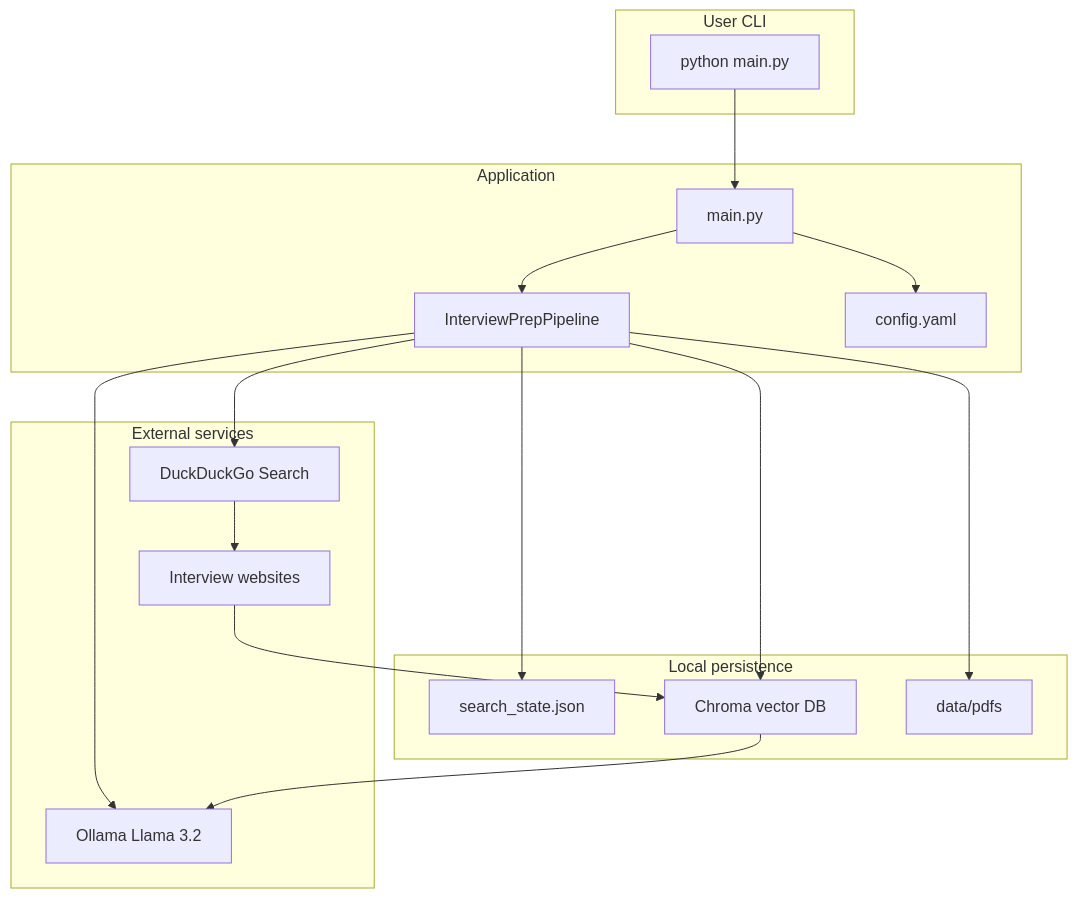
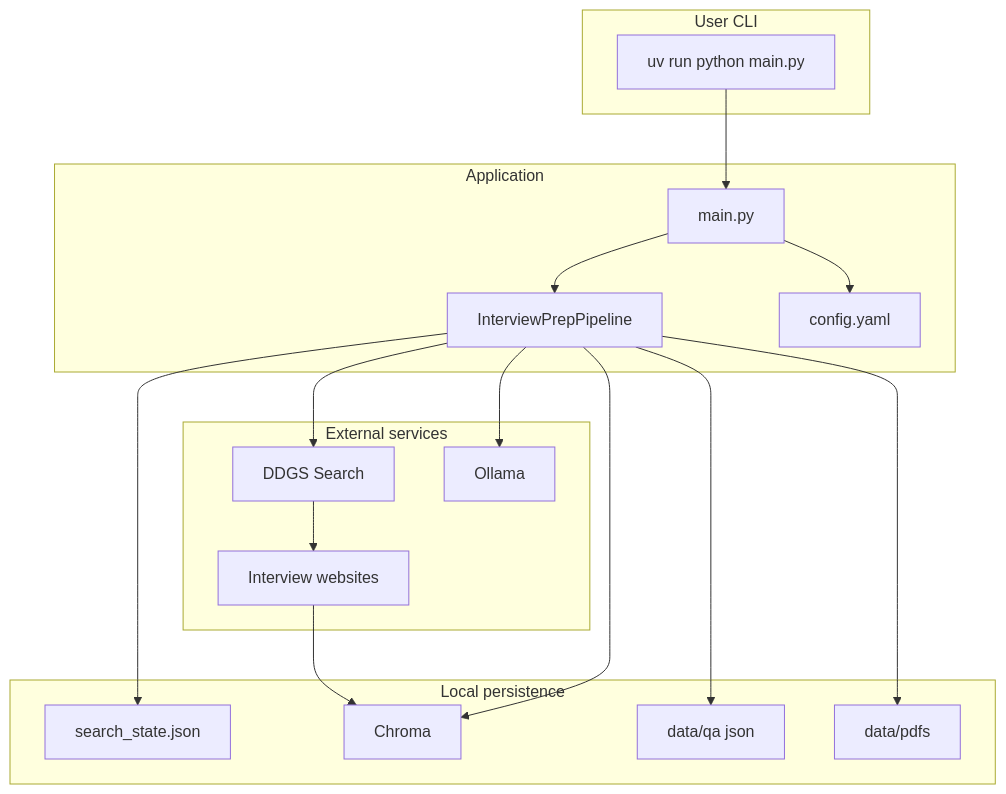
Before and after one commit to souravgupta2214/Agentic-RAG: the first of 14 diagrams in docs/END_TO_END_FLOW.md, drawn with Mermaid. The commit also changed other lines of this file and 1 other file, not shown here.

````diff
--- a/docs/END_TO_END_FLOW.md
+++ b/docs/END_TO_END_FLOW.md
@@ -9,36 +16,37 @@
 ```mermaid
 flowchart TB
     subgraph user_grp [User CLI]
-        CMD[python main.py]
+        CMD[uv run python main.py]
     end
 
     subgraph app_grp [Application]
         MAIN[main.py]
         PIPE[InterviewPrepPipeline]
         CFG[config.yaml]
     end
 
     subgraph ext_grp [External services]
-        DDG[DuckDuckGo Search]
+        DDGS[DDGS Search]
         WEB[Interview websites]
-        OLLAMA[Ollama Llama 3.2]
+        OLLAMA[Ollama]
     end
 
     subgraph store_grp [Local persistence]
         STATE[search_state.json]
-        CHROMA[Chroma vector DB]
+        CHROMA[Chroma]
+        QASTORE[data/qa json]
         PDFOUT[data/pdfs]
     end
 
     CMD --> MAIN
+    MAIN --> PIPE
     MAIN --> CFG
-    MAIN --> PIPE
     PIPE --> STATE
-    PIPE --> DDG
-    DDG --> WEB
+    PIPE --> DDGS
+    DDGS --> WEB
     WEB --> CHROMA
     PIPE --> CHROMA
+    PIPE --> QASTORE
     PIPE --> PDFOUT
     PIPE --> OLLAMA
-    CHROMA --> OLLAMA
 ```
````
